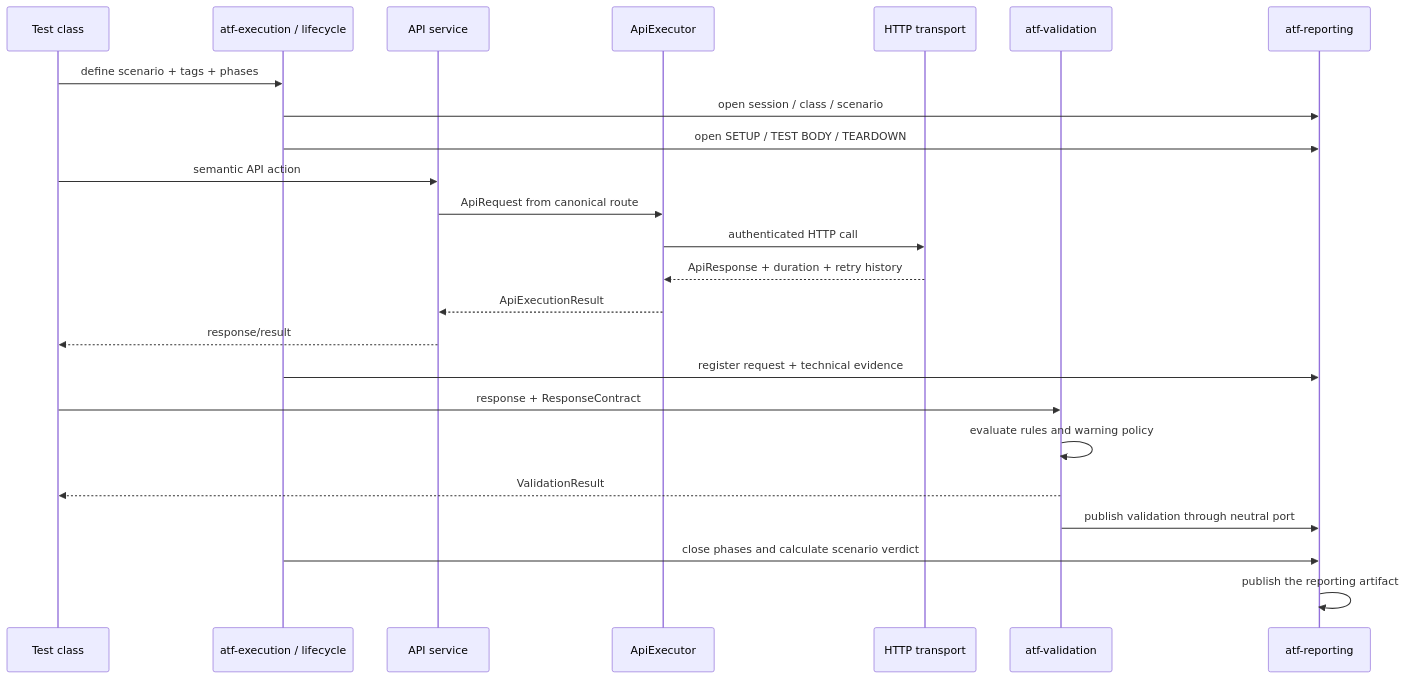
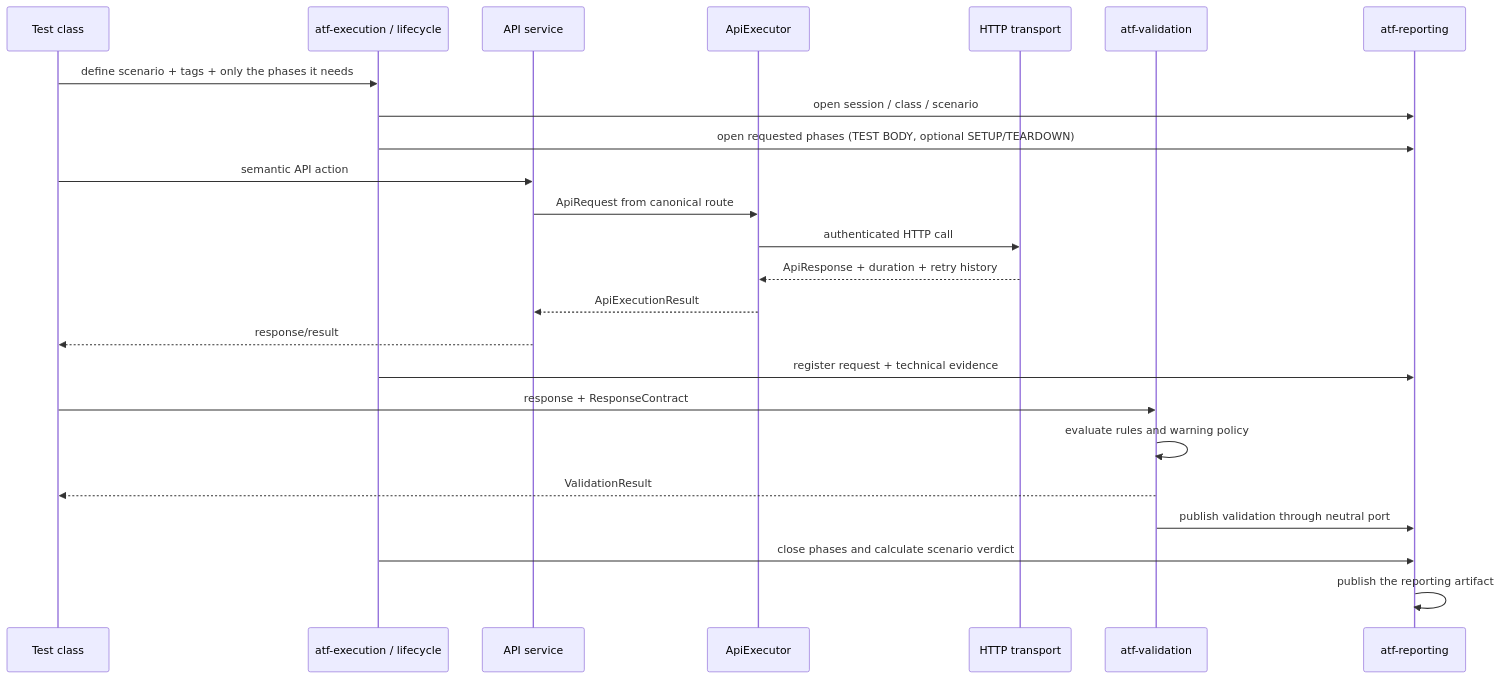
The first of 4 diagrams in README.md (crististefanita/demo2), drawn with Mermaid before and after one commit. The commit also changed other lines of this file and 48 other files, not shown here.

````diff
--- a/README.md
+++ b/README.md
@@ -15,27 +15,27 @@
 ```mermaid
 sequenceDiagram
     participant T as Test class
     participant L as atf-execution / lifecycle
     participant A as API service
     participant X as ApiExecutor
     participant H as HTTP transport
     participant V as atf-validation
     participant R as atf-reporting
 
-    T->>L: define scenario + tags + phases
+    T->>L: define scenario + tags + only the phases it needs
     L->>R: open session / class / scenario
-    L->>R: open SETUP / TEST BODY / TEARDOWN
+    L->>R: open requested phases (TEST BODY, optional SETUP/TEARDOWN)
     T->>A: semantic API action
     A->>X: ApiRequest from canonical route
     X->>H: authenticated HTTP call
     H-->>X: ApiResponse + duration + retry history
     X-->>A: ApiExecutionResult
     A-->>T: response/result
     L->>R: register request + technical evidence
     T->>V: response + ResponseContract
     V->>V: evaluate rules and warning policy
     V-->>T: ValidationResult
     V->>R: publish validation through neutral port
     L->>R: close phases and calculate scenario verdict
     R->>R: publish the reporting artifact
 ```
````
